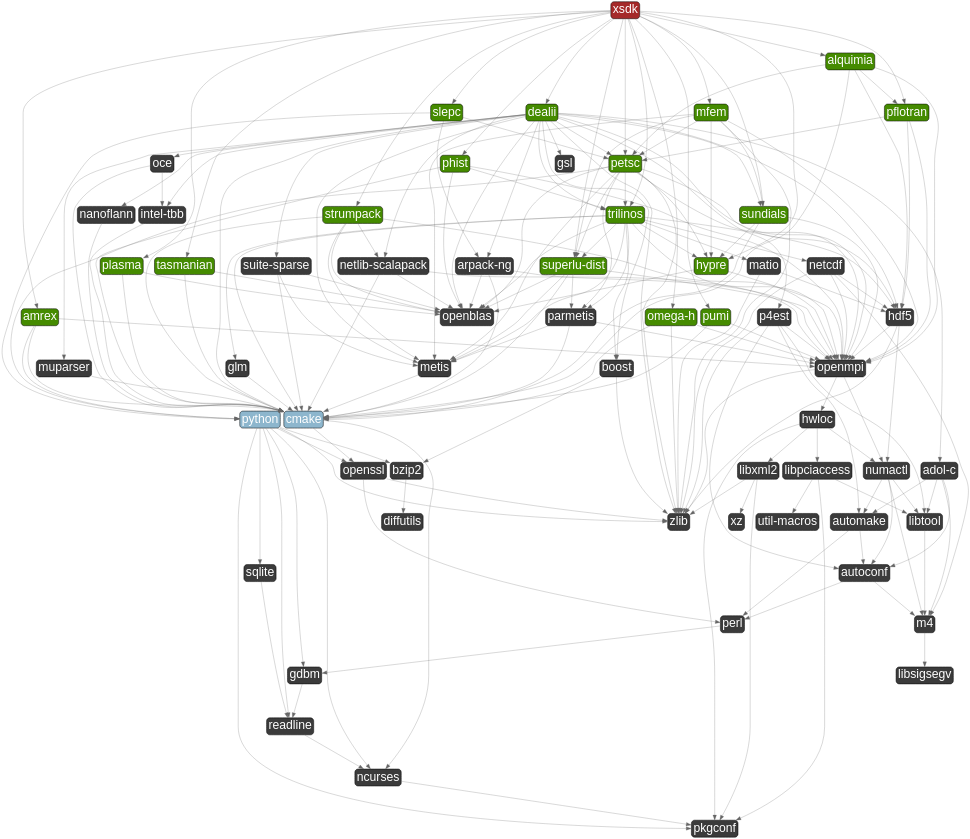
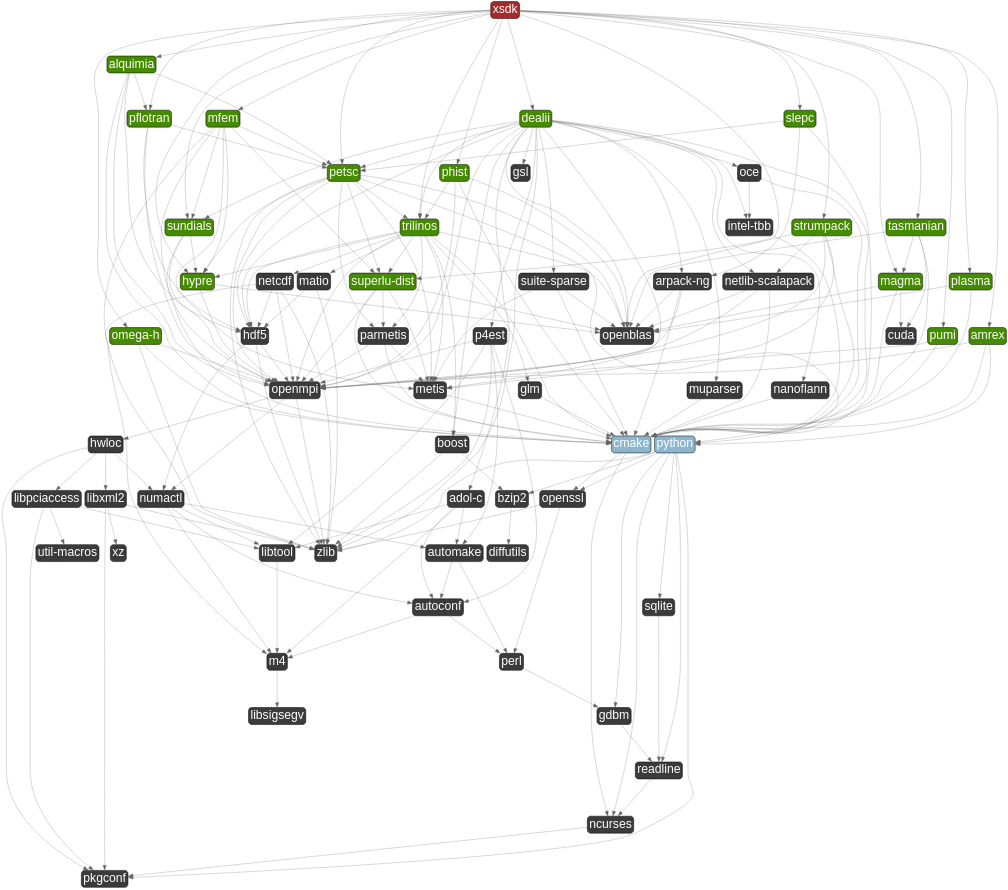
Before and after one commit to xsdk-project/xsdk-diagram: the diagram in xsdk.dot, drawn with Graphviz. The commit also changed 1 other file, not shown here.

Commit message:
update 0.4.0 dot files with xsdk+cuda

```diff
--- a/xsdk.dot
+++ b/xsdk.dot
@@ -72,6 +72,8 @@
   "p4est" [label="p4est",fillcolor="gray23"]
   "suite-sparse" [label="suite-sparse",fillcolor="gray23"]
   "sundials" [label="sundials",fillcolor="chartreuse4"]
+  "magma" [label="magma",fillcolor="chartreuse4"]
+  "cuda" [label="cuda",fillcolor="gray23"]
   "mfem" [label="mfem",fillcolor="chartreuse4"]
   "omega-h" [label="omega-h",fillcolor="chartreuse4"]
   "phist" [label="phist",fillcolor="chartreuse4"]
@@ -81,192 +83,198 @@
   "strumpack" [label="strumpack",fillcolor="chartreuse4"]
   "tasmanian" [label="tasmanian",fillcolor="chartreuse4"]
 
+  "xsdk" -> "tasmanian"
+  "automake" -> "perl"
+  "petsc" -> "hypre"
+  "python" -> "readline"
+  "petsc" -> "hdf5"
+  "matio" -> "hdf5"
+  "boost" -> "bzip2"
+  "cmake" -> "openssl"
+  "python" -> "openssl"
+  "trilinos" -> "superlu-dist"
   "arpack-ng" -> "openblas"
+  "mfem" -> "petsc"
+  "perl" -> "gdbm"
+  "trilinos" -> "matio"
+  "xsdk" -> "alquimia"
+  "xsdk" -> "pflotran"
+  "hypre" -> "openmpi"
+  "python" -> "sqlite"
+  "tasmanian" -> "openblas"
+  "boost" -> "zlib"
+  "trilinos" -> "boost"
+  "trilinos" -> "cmake"
+  "magma" -> "cuda"
+  "netcdf" -> "hdf5"
+  "trilinos" -> "hdf5"
+  "plasma" -> "openblas"
+  "alquimia" -> "hdf5"
+  "numactl" -> "automake"
+  "metis" -> "cmake"
+  "autoconf" -> "m4"
+  "phist" -> "openblas"
+  "ncurses" -> "pkgconf"
+  "openssl" -> "perl"
+  "matio" -> "zlib"
+  "superlu-dist" -> "openblas"
+  "libxml2" -> "xz"
+  "dealii" -> "trilinos"
+  "omega-h" -> "cmake"
+  "strumpack" -> "netlib-scalapack"
+  "netcdf" -> "zlib"
+  "p4est" -> "zlib"
+  "xsdk" -> "amrex"
+  "hwloc" -> "numactl"
+  "omega-h" -> "openmpi"
+  "suite-sparse" -> "metis"
+  "sqlite" -> "readline"
+  "trilinos" -> "glm"
+  "strumpack" -> "metis"
+  "pflotran" -> "petsc"
+  "alquimia" -> "openmpi"
+  "dealii" -> "metis"
+  "trilinos" -> "openmpi"
+  "dealii" -> "p4est"
+  "intel-tbb" -> "cmake"
+  "nanoflann" -> "cmake"
+  "openmpi" -> "zlib"
+  "sundials" -> "hypre"
+  "python" -> "pkgconf"
+  "strumpack" -> "openmpi"
+  "python" -> "gdbm"
+  "phist" -> "cmake"
+  "dealii" -> "suite-sparse"
+  "mfem" -> "zlib"
+  "libpciaccess" -> "util-macros"
+  "adol-c" -> "libtool"
+  "alquimia" -> "pflotran"
+  "petsc" -> "trilinos"
+  "amrex" -> "cmake"
+  "amrex" -> "python"
+  "adol-c" -> "autoconf"
+  "petsc" -> "metis"
+  "xsdk" -> "phist"
+  "gdbm" -> "readline"
+  "python" -> "bzip2"
+  "p4est" -> "autoconf"
+  "pumi" -> "cmake"
+  "dealii" -> "arpack-ng"
+  "petsc" -> "openmpi"
+  "petsc" -> "openblas"
+  "dealii" -> "openmpi"
+  "trilinos" -> "metis"
+  "trilinos" -> "netcdf"
+  "mfem" -> "sundials"
+  "cmake" -> "ncurses"
+  "python" -> "ncurses"
+  "hwloc" -> "libpciaccess"
+  "libpciaccess" -> "libtool"
+  "pflotran" -> "hdf5"
+  "hwloc" -> "pkgconf"
+  "dealii" -> "netlib-scalapack"
+  "mfem" -> "metis"
+  "sundials" -> "cmake"
+  "hdf5" -> "openmpi"
+  "superlu-dist" -> "metis"
+  "oce" -> "intel-tbb"
+  "hwloc" -> "libxml2"
+  "strumpack" -> "openblas"
+  "adol-c" -> "automake"
+  "muparser" -> "cmake"
+  "numactl" -> "m4"
+  "autoconf" -> "perl"
+  "xsdk" -> "omega-h"
+  "superlu-dist" -> "parmetis"
+  "bzip2" -> "diffutils"
+  "oce" -> "cmake"
+  "alquimia" -> "petsc"
+  "m4" -> "libsigsegv"
+  "glm" -> "cmake"
+  "openmpi" -> "numactl"
+  "dealii" -> "hdf5"
+  "dealii" -> "sundials"
+  "netlib-scalapack" -> "openmpi"
+  "netlib-scalapack" -> "openblas"
+  "dealii" -> "cmake"
+  "alquimia" -> "cmake"
+  "dealii" -> "boost"
+  "xsdk" -> "strumpack"
+  "libxml2" -> "zlib"
+  "openssl" -> "zlib"
+  "petsc" -> "superlu-dist"
+  "dealii" -> "zlib"
+  "tasmanian" -> "cuda"
+  "petsc" -> "parmetis"
+  "petsc" -> "zlib"
+  "xsdk" -> "pumi"
+  "mfem" -> "hypre"
+  "libtool" -> "m4"
+  "xsdk" -> "mfem"
+  "slepc" -> "arpack-ng"
+  "netlib-scalapack" -> "cmake"
+  "omega-h" -> "zlib"
+  "xsdk" -> "dealii"
+  "tasmanian" -> "cmake"
+  "suite-sparse" -> "cmake"
+  "mfem" -> "openmpi"
+  "magma" -> "openblas"
+  "magma" -> "cmake"
+  "python" -> "zlib"
+  "superlu-dist" -> "openmpi"
+  "adol-c" -> "m4"
+  "pflotran" -> "openmpi"
+  "libxml2" -> "pkgconf"
+  "trilinos" -> "hypre"
+  "dealii" -> "petsc"
+  "pumi" -> "openmpi"
+  "arpack-ng" -> "openmpi"
+  "dealii" -> "intel-tbb"
+  "dealii" -> "nanoflann"
+  "xsdk" -> "magma"
+  "p4est" -> "libtool"
+  "superlu-dist" -> "cmake"
+  "parmetis" -> "metis"
+  "tasmanian" -> "magma"
+  "xsdk" -> "superlu-dist"
+  "readline" -> "ncurses"
+  "numactl" -> "libtool"
+  "hypre" -> "openblas"
+  "hdf5" -> "zlib"
+  "xsdk" -> "petsc"
+  "xsdk" -> "slepc"
+  "libpciaccess" -> "pkgconf"
+  "xsdk" -> "sundials"
+  "openmpi" -> "hwloc"
+  "trilinos" -> "openblas"
+  "dealii" -> "gsl"
+  "parmetis" -> "cmake"
+  "dealii" -> "openblas"
+  "netcdf" -> "openmpi"
+  "p4est" -> "openmpi"
+  "dealii" -> "muparser"
+  "xsdk" -> "hypre"
+  "arpack-ng" -> "cmake"
+  "petsc" -> "python"
+  "phist" -> "trilinos"
+  "automake" -> "autoconf"
+  "numactl" -> "autoconf"
+  "slepc" -> "python"
+  "xsdk" -> "trilinos"
   "amrex" -> "openmpi"
-  "perl" -> "gdbm"
-  "xsdk" -> "mfem"
-  "numactl" -> "automake"
-  "libtool" -> "m4"
-  "dealii" -> "trilinos"
-  "trilinos" -> "boost"
-  "dealii" -> "cmake"
-  "petsc" -> "metis"
-  "p4est" -> "openmpi"
-  "petsc" -> "trilinos"
+  "dealii" -> "oce"
+  "parmetis" -> "openmpi"
+  "suite-sparse" -> "openblas"
+  "sundials" -> "openmpi"
   "hdf5" -> "numactl"
-  "netlib-scalapack" -> "cmake"
-  "sundials" -> "hypre"
-  "intel-tbb" -> "cmake"
-  "adol-c" -> "automake"
-  "glm" -> "cmake"
-  "phist" -> "cmake"
-  "phist" -> "openblas"
-  "mfem" -> "zlib"
-  "libxml2" -> "zlib"
-  "pflotran" -> "petsc"
-  "libxml2" -> "pkgconf"
-  "alquimia" -> "openmpi"
-  "netcdf" -> "hdf5"
-  "openssl" -> "perl"
-  "python" -> "ncurses"
-  "trilinos" -> "cmake"
-  "gdbm" -> "readline"
-  "xsdk" -> "phist"
-  "dealii" -> "intel-tbb"
-  "mfem" -> "openmpi"
-  "python" -> "gdbm"
-  "strumpack" -> "openmpi"
-  "automake" -> "perl"
-  "nanoflann" -> "cmake"
-  "boost" -> "zlib"
-  "suite-sparse" -> "openblas"
-  "xsdk" -> "dealii"
-  "pumi" -> "openmpi"
-  "python" -> "readline"
-  "pflotran" -> "hdf5"
-  "petsc" -> "openmpi"
-  "trilinos" -> "matio"
-  "autoconf" -> "m4"
   "mfem" -> "superlu-dist"
-  "dealii" -> "hdf5"
-  "dealii" -> "boost"
-  "dealii" -> "arpack-ng"
-  "boost" -> "bzip2"
-  "alquimia" -> "hdf5"
-  "xsdk" -> "pumi"
-  "amrex" -> "cmake"
-  "suite-sparse" -> "metis"
-  "superlu-dist" -> "openmpi"
-  "superlu-dist" -> "parmetis"
-  "trilinos" -> "netcdf"
-  "bzip2" -> "diffutils"
-  "xsdk" -> "hypre"
-  "openmpi" -> "hwloc"
-  "tasmanian" -> "openblas"
-  "trilinos" -> "superlu-dist"
-  "mfem" -> "petsc"
-  "xsdk" -> "pflotran"
+  "phist" -> "openmpi"
+  "slepc" -> "petsc"
+  "strumpack" -> "cmake"
+  "trilinos" -> "parmetis"
+  "xsdk" -> "plasma"
   "p4est" -> "automake"
-  "dealii" -> "petsc"
-  "numactl" -> "libtool"
-  "m4" -> "libsigsegv"
   "netcdf" -> "m4"
+  "plasma" -> "cmake"
   "dealii" -> "adol-c"
-  "hdf5" -> "openmpi"
-  "trilinos" -> "parmetis"
-  "pumi" -> "cmake"
-  "superlu-dist" -> "openblas"
-  "adol-c" -> "autoconf"
-  "trilinos" -> "hypre"
-  "strumpack" -> "openblas"
-  "xsdk" -> "tasmanian"
-  "dealii" -> "metis"
-  "xsdk" -> "slepc"
-  "autoconf" -> "perl"
-  "hwloc" -> "libxml2"
-  "hypre" -> "openblas"
-  "trilinos" -> "openmpi"
-  "omega-h" -> "cmake"
-  "adol-c" -> "libtool"
-  "python" -> "zlib"
-  "suite-sparse" -> "cmake"
-  "dealii" -> "p4est"
-  "trilinos" -> "hdf5"
-  "hwloc" -> "pkgconf"
-  "superlu-dist" -> "cmake"
-  "parmetis" -> "openmpi"
-  "matio" -> "zlib"
-  "slepc" -> "python"
-  "hypre" -> "openmpi"
-  "trilinos" -> "openblas"
-  "mfem" -> "hypre"
-  "mfem" -> "sundials"
-  "python" -> "pkgconf"
-  "openssl" -> "zlib"
-  "dealii" -> "netlib-scalapack"
-  "libpciaccess" -> "util-macros"
-  "parmetis" -> "metis"
-  "xsdk" -> "alquimia"
-  "alquimia" -> "petsc"
-  "sundials" -> "openmpi"
-  "libxml2" -> "xz"
-  "xsdk" -> "amrex"
-  "libpciaccess" -> "pkgconf"
-  "petsc" -> "parmetis"
-  "libpciaccess" -> "libtool"
-  "cmake" -> "openssl"
-  "xsdk" -> "plasma"
-  "superlu-dist" -> "metis"
-  "slepc" -> "arpack-ng"
-  "petsc" -> "hypre"
-  "petsc" -> "hdf5"
-  "arpack-ng" -> "openmpi"
-  "python" -> "openssl"
-  "plasma" -> "openblas"
-  "petsc" -> "superlu-dist"
-  "xsdk" -> "superlu-dist"
-  "hdf5" -> "zlib"
-  "trilinos" -> "glm"
-  "xsdk" -> "omega-h"
-  "openmpi" -> "numactl"
-  "p4est" -> "autoconf"
-  "parmetis" -> "cmake"
-  "petsc" -> "zlib"
-  "oce" -> "intel-tbb"
-  "dealii" -> "oce"
-  "hwloc" -> "libpciaccess"
-  "petsc" -> "openblas"
-  "p4est" -> "libtool"
-  "xsdk" -> "strumpack"
-  "netlib-scalapack" -> "openblas"
-  "omega-h" -> "openmpi"
-  "netlib-scalapack" -> "openmpi"
-  "dealii" -> "zlib"
-  "muparser" -> "cmake"
-  "sundials" -> "cmake"
-  "dealii" -> "openblas"
-  "dealii" -> "nanoflann"
-  "python" -> "sqlite"
-  "phist" -> "openmpi"
-  "trilinos" -> "metis"
-  "netcdf" -> "openmpi"
-  "dealii" -> "suite-sparse"
-  "dealii" -> "openmpi"
-  "tasmanian" -> "cmake"
-  "xsdk" -> "trilinos"
-  "petsc" -> "python"
-  "netcdf" -> "zlib"
-  "pflotran" -> "openmpi"
-  "dealii" -> "gsl"
-  "metis" -> "cmake"
-  "p4est" -> "zlib"
-  "amrex" -> "python"
-  "dealii" -> "muparser"
-  "cmake" -> "ncurses"
-  "oce" -> "cmake"
-  "numactl" -> "m4"
-  "hwloc" -> "numactl"
-  "phist" -> "trilinos"
-  "dealii" -> "sundials"
-  "strumpack" -> "cmake"
-  "plasma" -> "cmake"
-  "sqlite" -> "readline"
-  "openmpi" -> "zlib"
-  "alquimia" -> "pflotran"
-  "numactl" -> "autoconf"
-  "strumpack" -> "netlib-scalapack"
-  "strumpack" -> "metis"
-  "python" -> "bzip2"
-  "mfem" -> "metis"
-  "slepc" -> "petsc"
-  "omega-h" -> "zlib"
-  "xsdk" -> "petsc"
-  "alquimia" -> "cmake"
-  "automake" -> "autoconf"
-  "readline" -> "ncurses"
-  "adol-c" -> "m4"
-  "ncurses" -> "pkgconf"
-  "arpack-ng" -> "cmake"
-  "matio" -> "hdf5"
-  "xsdk" -> "sundials"
 }
```
